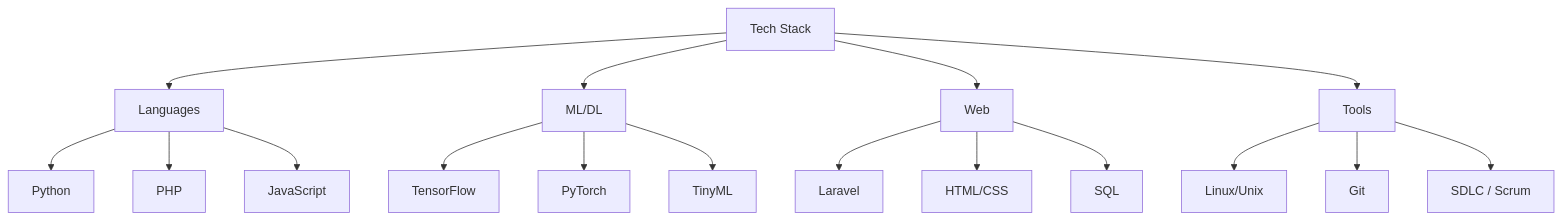
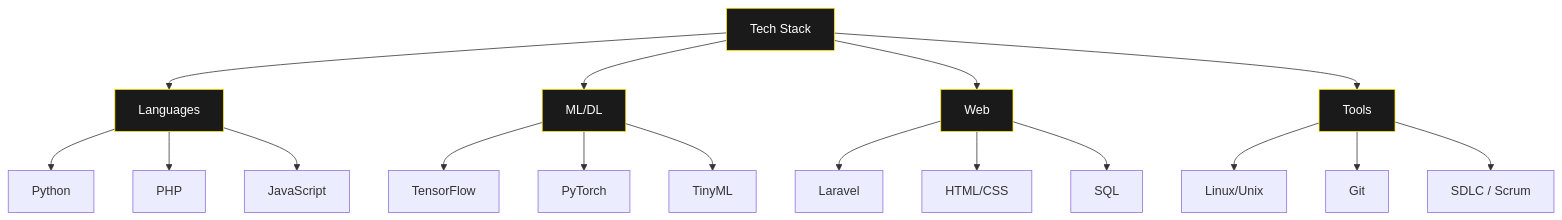
One commit to X-eyn/X-eyn changed the diagram in README.md. Above: the diagram before and after it, drawn with Mermaid. The commit also changed other lines of this file, not shown here.

````diff
--- a/README.md
+++ b/README.md
@@ -37,23 +37,25 @@
 ```mermaid
 graph TD
-    A[Tech Stack] --> B[Languages]
-    A --> C[ML/DL]
-    A --> D[Web]
-    A --> E[Tools]
+    A[Tech Stack]:::theme --> B[Languages]:::theme
+    A --> C[ML/DL]:::theme
+    A --> D[Web]:::theme
+    A --> E[Tools]:::theme
 
     B --> B1[Python]
     B --> B2[PHP]
     B --> B3[JavaScript]
 
     C --> C1[TensorFlow]
     C --> C2[PyTorch]
     C --> C3[TinyML]
 
     D --> D1[Laravel]
     D --> D2[HTML/CSS]
     D --> D3[SQL]
 
     E --> E1[Linux/Unix]
     E --> E2[Git]
     E --> E3[SDLC / Scrum]
+
+    classDef theme fill:#1A1A1A,stroke:#FFE700,stroke-width:1px,color:#FFFFFF;
 ```
````
